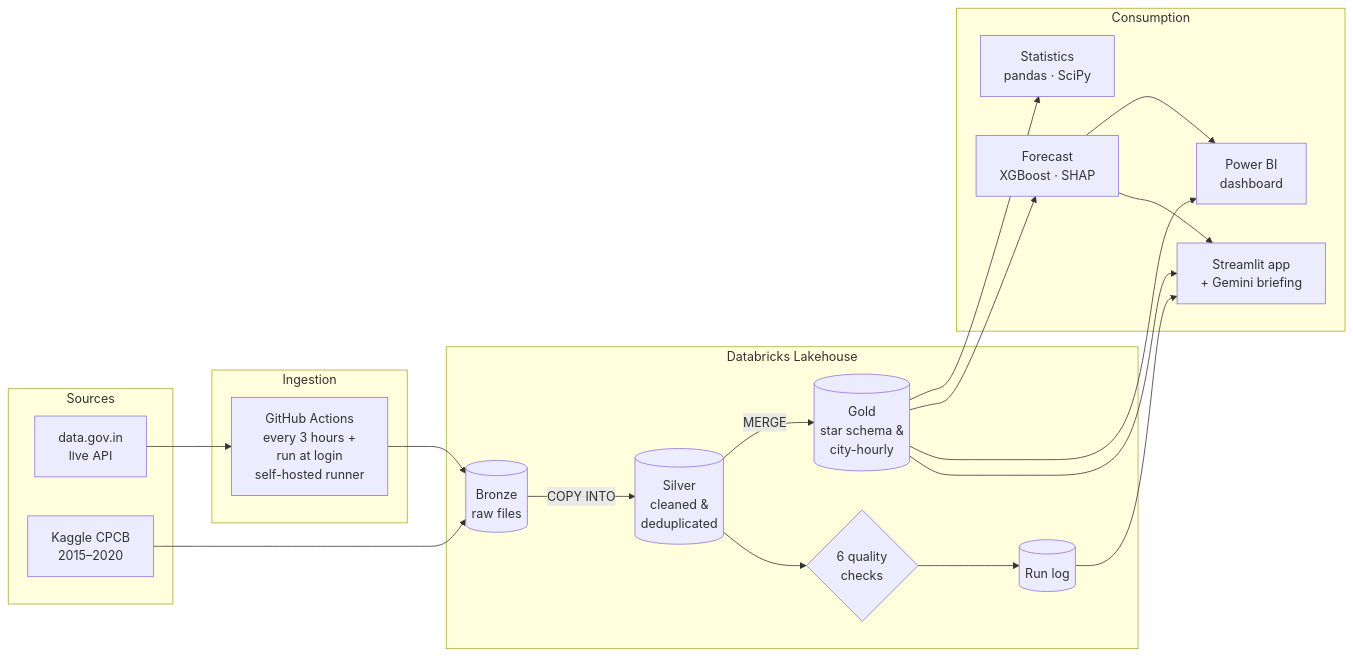
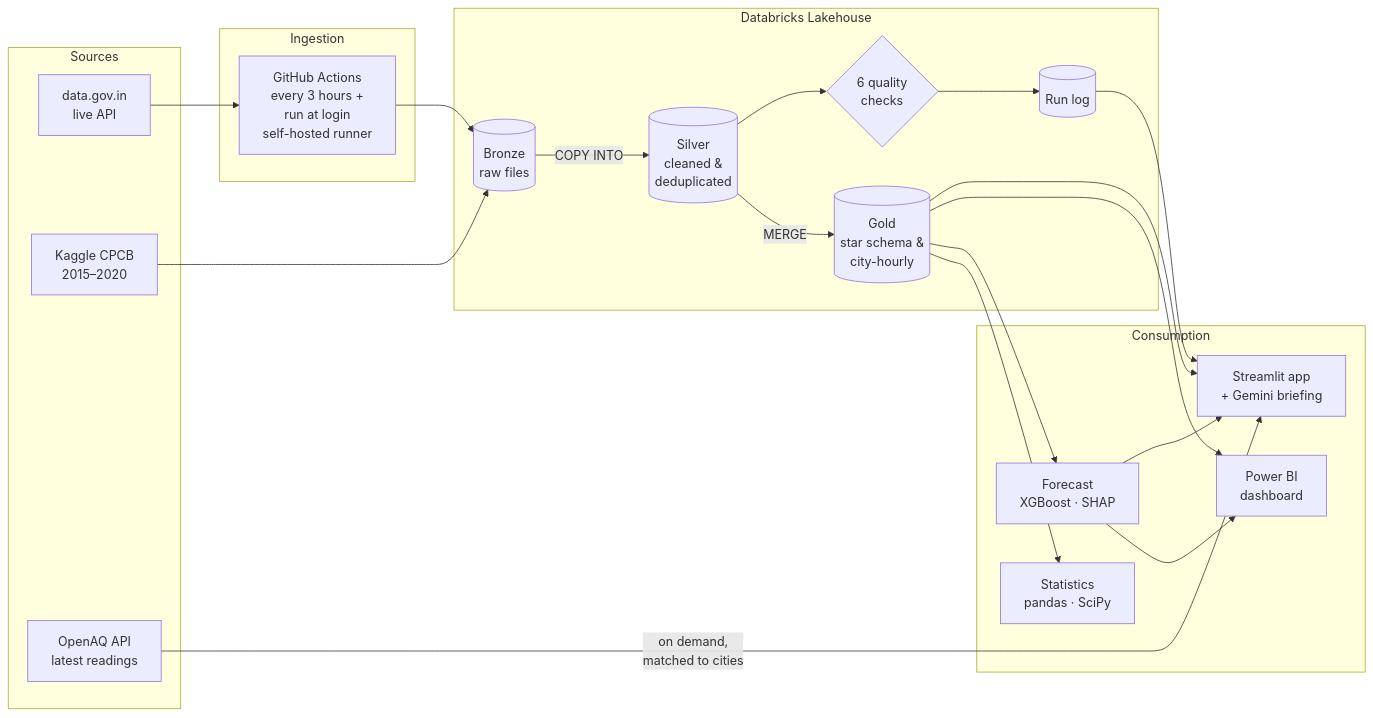
One commit to Janvi-Sanghavi/aqi-india-data-platform changed the diagram in readme.md. Above: the diagram before and after it, drawn with Mermaid. The commit also changed other lines of this file and 2 other files, not shown here.

Commit message:
Add live OpenAQ data to the app and update docs

````diff
--- a/readme.md
+++ b/readme.md
@@ -65,39 +65,41 @@
 ```mermaid
 flowchart LR
     subgraph Sources
         A[data.gov.in<br/>live API]
         K[Kaggle CPCB<br/>2015–2020]
+        O[OpenAQ API<br/>latest readings]
     end
 
     subgraph Ingestion
         B[GitHub Actions<br/>every 3 hours +<br/>run at login<br/>self-hosted runner]
     end
 
     subgraph Databricks Lakehouse
         C[(Bronze<br/>raw files)]
         D[(Silver<br/>cleaned &<br/>deduplicated)]
         E[(Gold<br/>star schema &<br/>city-hourly)]
         Q{6 quality<br/>checks}
         L[(Run log)]
     end
 
     subgraph Consumption
         S[Statistics<br/>pandas · SciPy]
         M[Forecast<br/>XGBoost · SHAP]
         P[Power BI<br/>dashboard]
         W[Streamlit app<br/>+ Gemini briefing]
     end
 
     A --> B --> C
     K --> C
     C -->|COPY INTO| D
     D -->|MERGE| E
     D --> Q --> L
     E --> S
     E --> M
     E --> P
     E --> W
     M --> P
     M --> W
     L --> W
+    O -->|on demand,<br/>matched to cities| W
 ```
````
